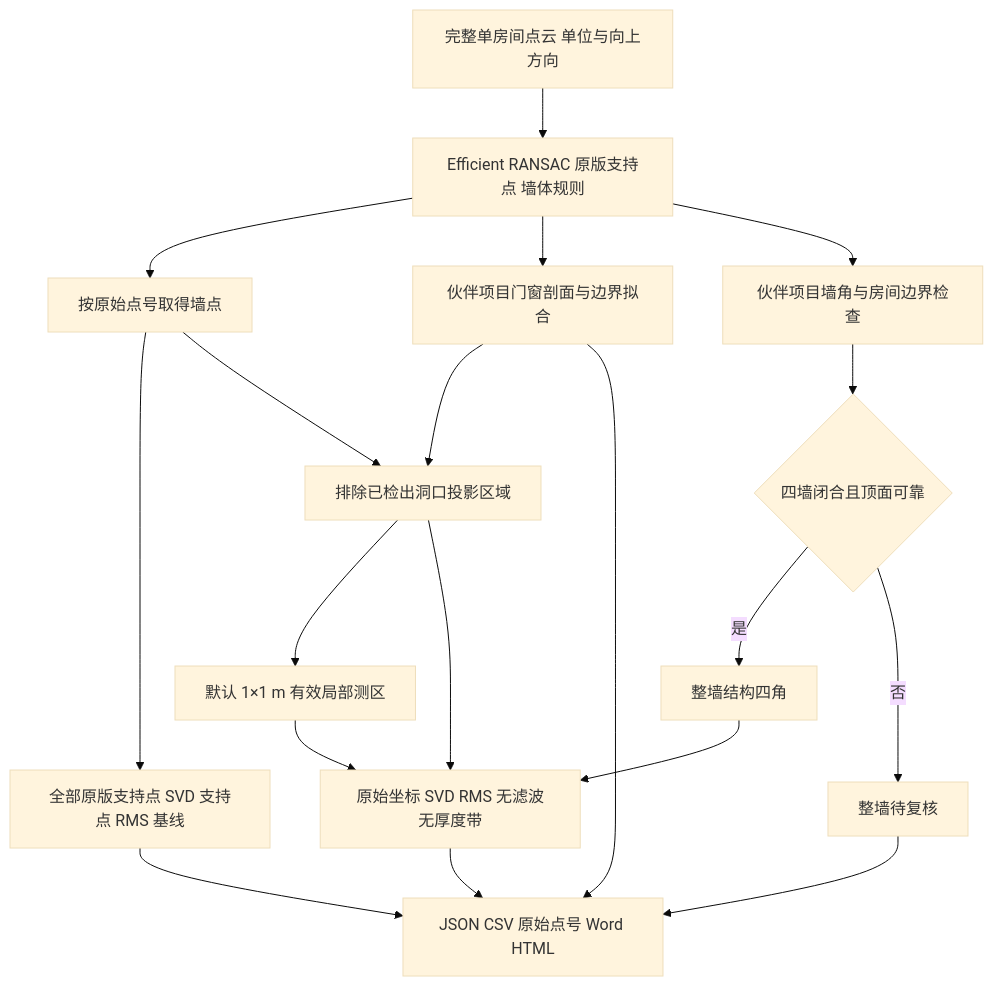
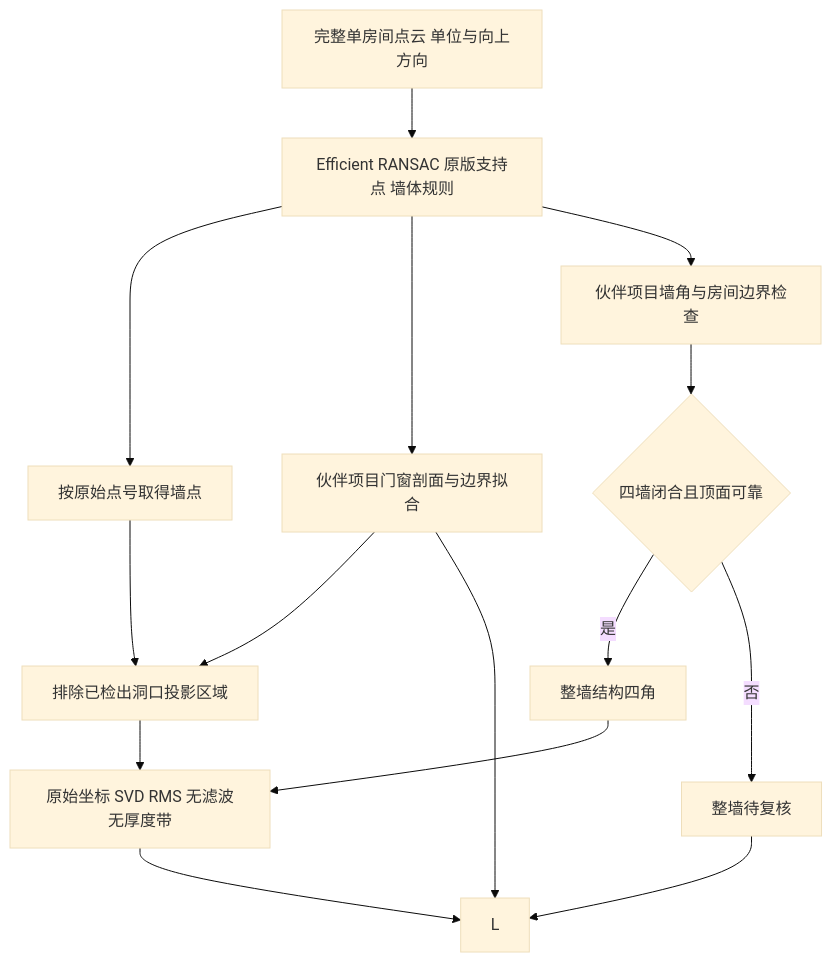
The diagram in README.md (x13230802751/room-inspection-integrated), drawn with Mermaid (base theme) before and after one commit. The commit also changed other lines of this file and 26 other files, not shown here.

````diff
--- a/README.md
+++ b/README.md
@@ -9,21 +9,17 @@
 ```mermaid
 flowchart TD
     A[完整单房间点云 单位与向上方向] --> B[Efficient RANSAC 原版支持点 墙体规则]
     B --> C[按原始点号取得墙点]
     B --> D[伙伴项目门窗剖面与边界拟合]
     B --> E[伙伴项目墙角与房间边界检查]
-    C --> S[全部原版支持点 SVD 支持点 RMS 基线]
     C --> F[排除已检出洞口投影区域]
     D --> F
     E --> G{四墙闭合且顶面可靠}
     G -->|是| H[整墙结构四角]
     G -->|否| I[整墙待复核]
-    F --> J[默认 1×1 m 有效局部测区]
     F --> K[原始坐标 SVD RMS 无滤波无厚度带]
     H --> K
-    J --> K
-    S --> L[JSON CSV 原始点号 Word HTML]
     K --> L
     I --> L
     D --> L
 ```
````
